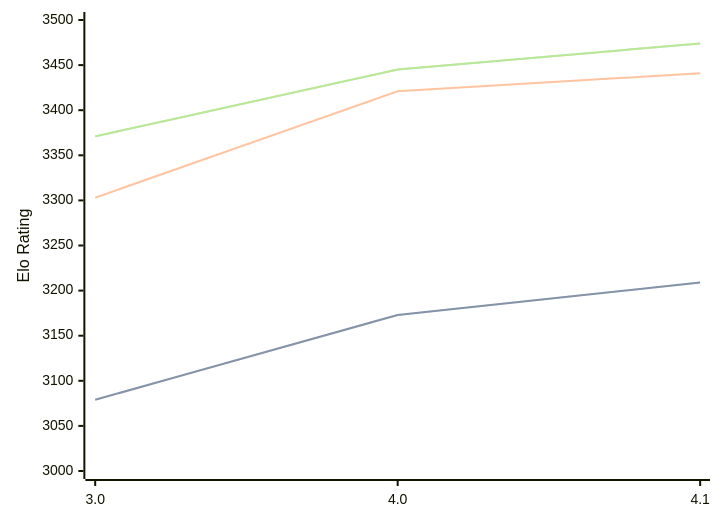
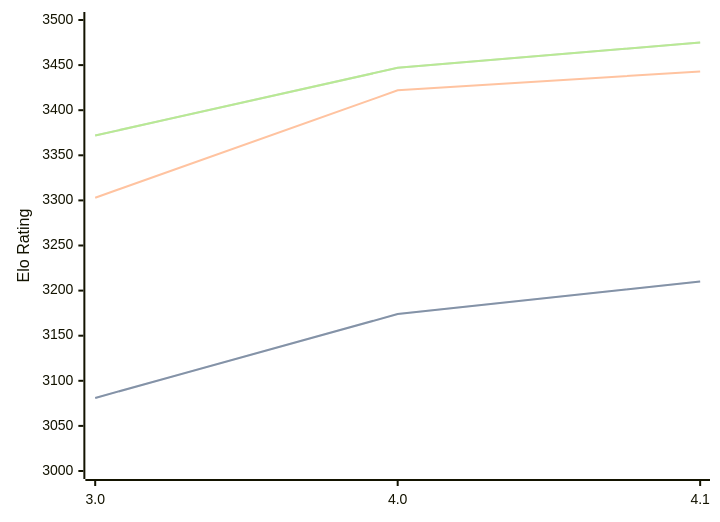
Before and after one commit to computer-chess-index/cci: the diagram in engines/Eleanor.md, drawn with Mermaid. The commit also changed other lines of this file, not shown here.

Commit message:
Update CCI Ratings (ELO VLTC) - 2026-05-16

````diff
--- a/engines/Eleanor.md
+++ b/engines/Eleanor.md
@@ -35,11 +35,11 @@
 ```mermaid
 %%{init: {"theme":"base","themeVariables":{"seriesColors:['#a3a3a3','#222221','#faa371']}}}%%
 xychart-beta
   x-axis ["3.0", "4.0", "4.1"]
   y-axis "Elo Rating" 3000 --> 3500
-  line "STC (8.0+0.08s)" [3079, 3173, 3209]
-  line "STC (8.0+0.08s)" [3079, 3173, 3209]
-  line "LTC (60.0+0.60s)" [3303, 3421, 3441]
-  line "VLTC (2m24s+1.12s)" [3371, 3445, 3474]
-  line "VLTC (2m24s+1.12s)" [3371, 3445, 3474]
+  line "STC (8.0+0.08s)" [3081, 3174, 3210]
+  line "STC (8.0+0.08s)" [3081, 3174, 3210]
+  line "LTC (60.0+0.60s)" [3303, 3422, 3443]
+  line "VLTC (2m24s+1.12s)" [3372, 3447, 3475]
+  line "VLTC (2m24s+1.12s)" [3372, 3447, 3475]
 ```
````
